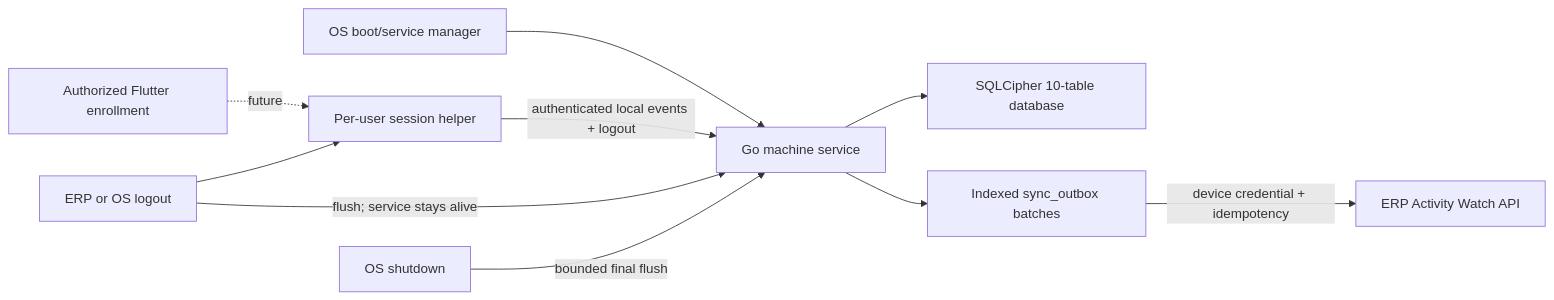
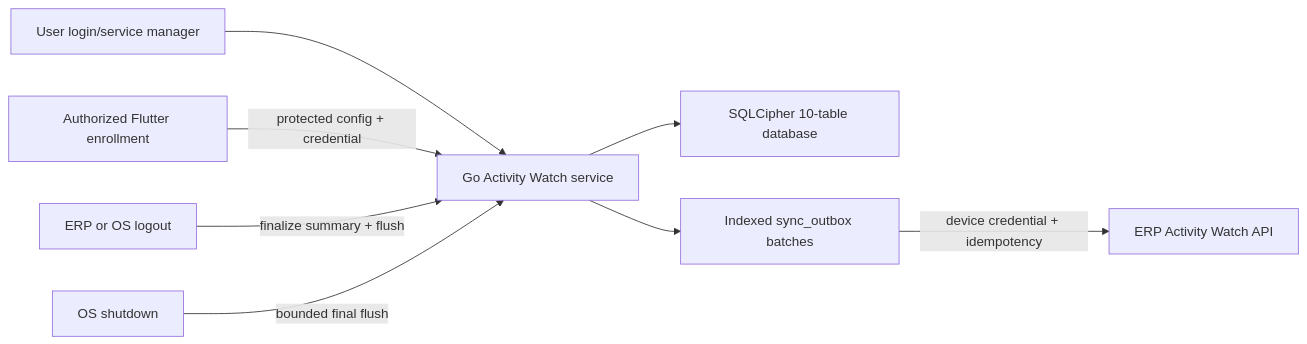
The first of 2 diagrams in docs/ARCHITECTURE.md (mithra4897/billing-flutter), drawn with Mermaid before and after one commit. The commit also changed other lines of this file and 23 other files, not shown here.

Commit message:
Complete Activity Watch implementation for Windows, macOS, and Linux, including native idle/foreground application collection, encrypted local storage, and server-side reporting.

````diff
--- a/docs/ARCHITECTURE.md
+++ b/docs/ARCHITECTURE.md
@@ -12,12 +10,10 @@
 ```mermaid
 flowchart LR
-    OS["OS boot/service manager"] --> Service["Go machine service"]
-    Flutter["Authorized Flutter enrollment"] -. future .-> Helper["Per-user session helper"]
-    Helper -->|"authenticated local events + logout"| Service
+    OS["User login/service manager"] --> Service["Go Activity Watch service"]
+    Flutter["Authorized Flutter enrollment"] -->|"protected config + credential"| Service
     Service --> DB["SQLCipher 10-table database"]
     Service --> Outbox["Indexed sync_outbox batches"]
     Outbox -->|"device credential + idempotency"| ERP["ERP Activity Watch API"]
-    Logout["ERP or OS logout"] --> Helper
-    Logout -->|"flush; service stays alive"| Service
+    Logout["ERP or OS logout"] -->|"finalize summary + flush"| Service
     Shutdown["OS shutdown"] -->|"bounded final flush"| Service
 ```
````
